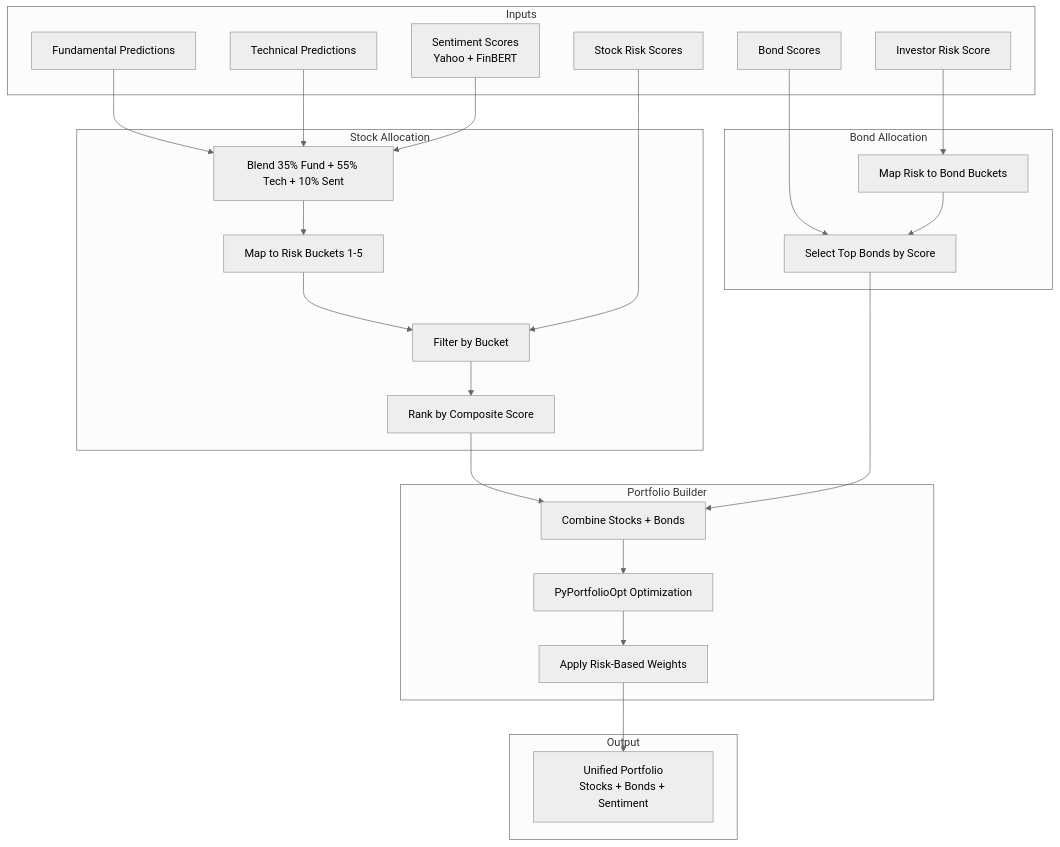
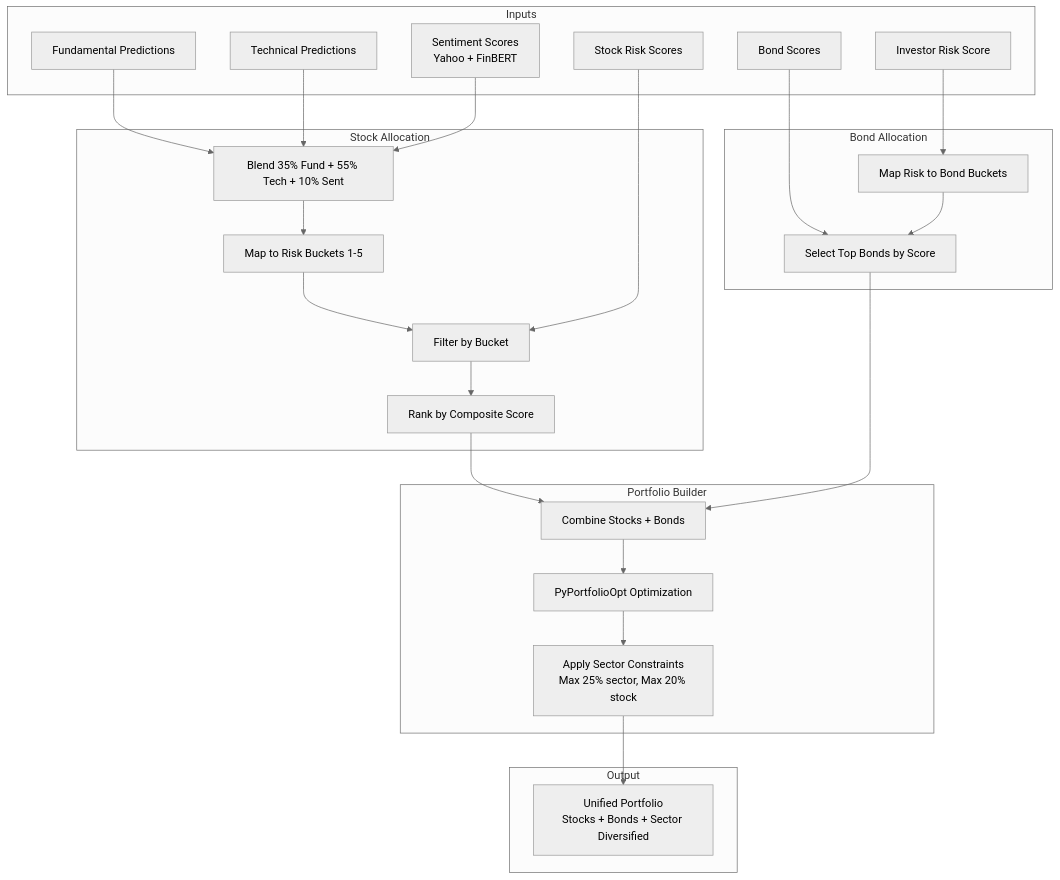
One commit to HansalBhangale/data changed the ninth of 13 diagrams in README.md. Above: the diagram before and after it, drawn with Mermaid (neutral theme). The commit also changed other lines of this file and 5 other files, not shown here.

````diff
--- a/README.md
+++ b/README.md
@@ -362,49 +426,49 @@
 ```mermaid
 flowchart TB
     subgraph "Inputs"
         FundPred[Fundamental Predictions]
         TechPred[Technical Predictions]
         SentPred[Sentiment Scores<br/>Yahoo + FinBERT]
         BondScores[Bond Scores]
         RiskScore[Investor Risk Score]
         StockRisk[Stock Risk Scores]
     end
 
     subgraph "Stock Allocation"
         Blend[Blend 35% Fund + 55% Tech + 10% Sent]
         Bucket[Map to Risk Buckets 1-5]
         Filter[Filter by Bucket]
         Rank[Rank by Composite Score]
     end
 
     subgraph "Bond Allocation"
         RiskAlloc[Map Risk to Bond Buckets]
         BondRank[Select Top Bonds by Score]
     end
 
     subgraph "Portfolio Builder"
         Combine[Combine Stocks + Bonds]
         Opt[PyPortfolioOpt Optimization]
-        Weight[Apply Risk-Based Weights]
+        Sector[Apply Sector Constraints<br/>Max 25% sector, Max 20% stock]
     end
 
     subgraph "Output"
-        Port[Unified Portfolio<br/>Stocks + Bonds + Sentiment]
+        Port[Unified Portfolio<br/>Stocks + Bonds + Sector Diversified]
     end
 
     FundPred --> Blend
     TechPred --> Blend
     SentPred --> Blend
     Blend --> Bucket
     Bucket --> Filter
     StockRisk --> Filter
     Filter --> Rank
     RiskScore --> RiskAlloc
     BondScores --> BondRank
     RiskAlloc --> BondRank
     Rank --> Combine
     BondRank --> Combine
     Combine --> Opt
-    Opt --> Weight
-    Weight --> Port
+    Opt --> Sector
+    Sector --> Port
 ```
````
